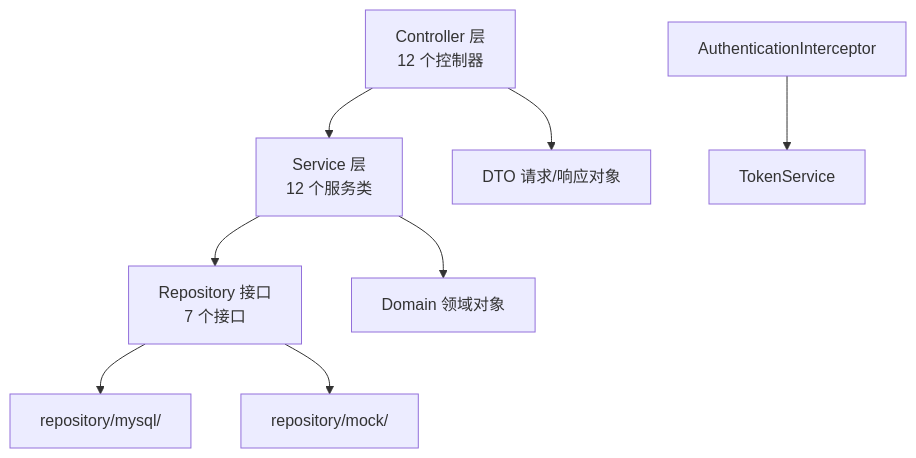
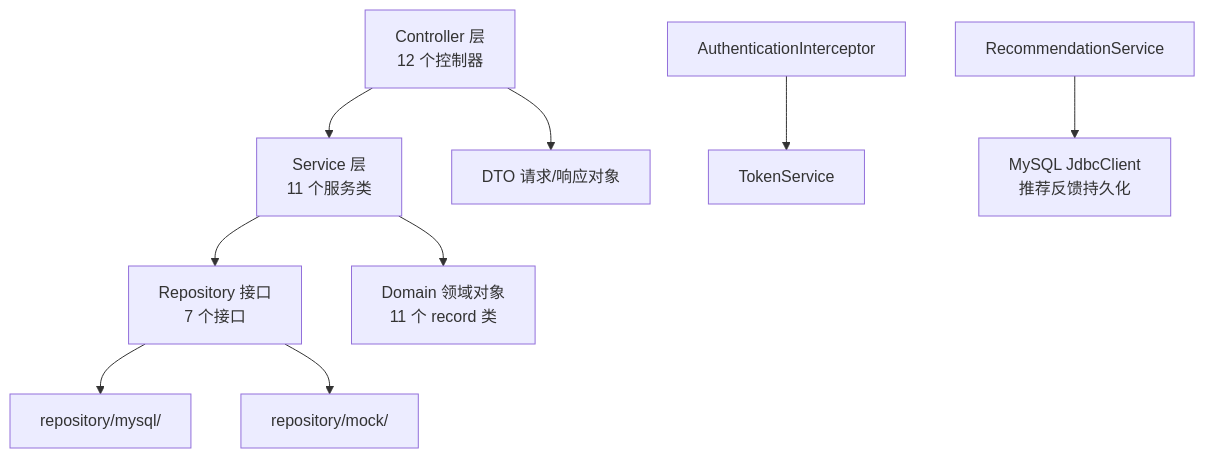
Before and after one commit to oliviawxx/whucircle: the third of 18 diagrams in docs/系统设计说明书.md, drawn with Mermaid. The commit also changed other lines of this file and 13 other files, not shown here.

````diff
--- a/docs/系统设计说明书.md
+++ b/docs/系统设计说明书.md
@@ -47,10 +48,11 @@
 ```mermaid
 flowchart TD
-    C["Controller 层<br/>12 个控制器"] --> S["Service 层<br/>12 个服务类"]
+    C["Controller 层<br/>12 个控制器"] --> S["Service 层<br/>11 个服务类"]
     S --> R["Repository 接口<br/>7 个接口"]
     R --> RM["repository/mysql/"]
     R --> RI["repository/mock/"]
     C --> DTO["DTO 请求/响应对象"]
-    S --> DOMAIN["Domain 领域对象"]
+    S --> DOMAIN["Domain 领域对象<br/>11 个 record 类"]
     INTERCEPTOR["AuthenticationInterceptor"] --> TOKEN["TokenService"]
+    REC["RecommendationService"] --> JDBC["MySQL JdbcClient<br/>推荐反馈持久化"]
 ```
````
